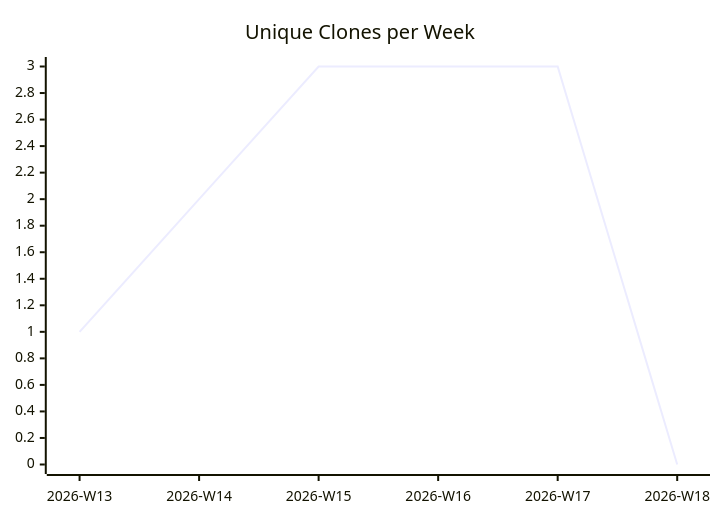
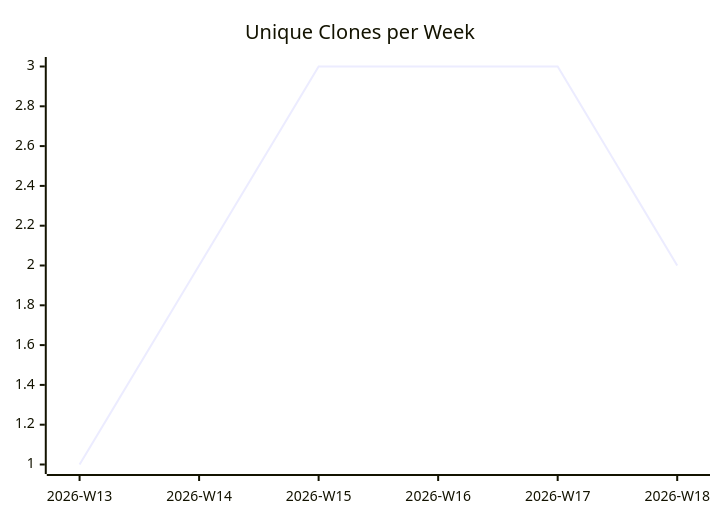
Before and after one commit to justdavis-family/github-analytics-data: the third of 3 diagrams in karlmdavis/xmlpull/README.md, drawn with Mermaid. The commit also changed other lines of this file and 184 other files, not shown here.

````diff
--- a/karlmdavis/xmlpull/README.md
+++ b/karlmdavis/xmlpull/README.md
@@ -19,6 +19,6 @@
 ```mermaid
 xychart-beta
   title "Unique Clones per Week"
   x-axis ["2026-W13", "2026-W14", "2026-W15", "2026-W16", "2026-W17", "2026-W18"]
-  line [1, 2, 3, 3, 3, 0]
+  line [1, 2, 3, 3, 3, 2]
 ```
````
